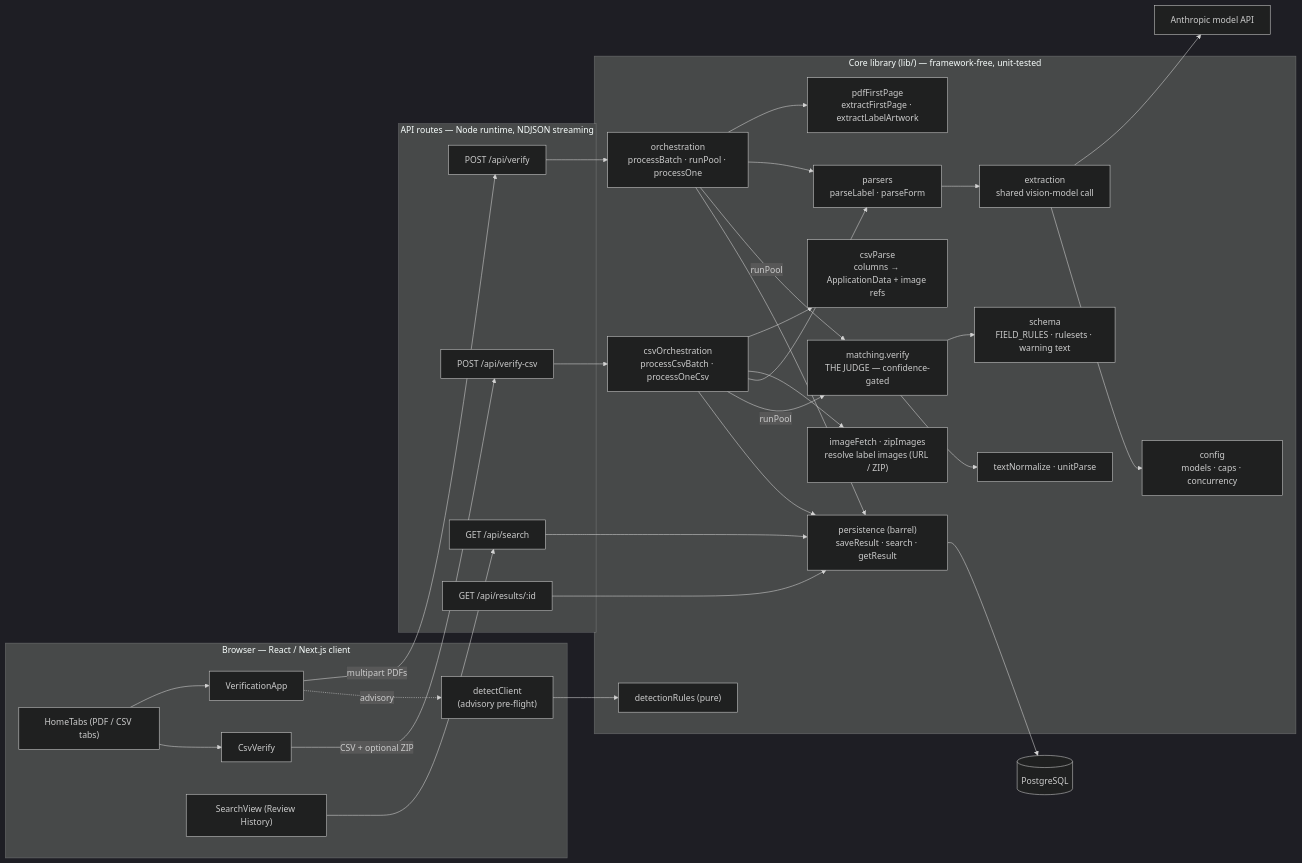
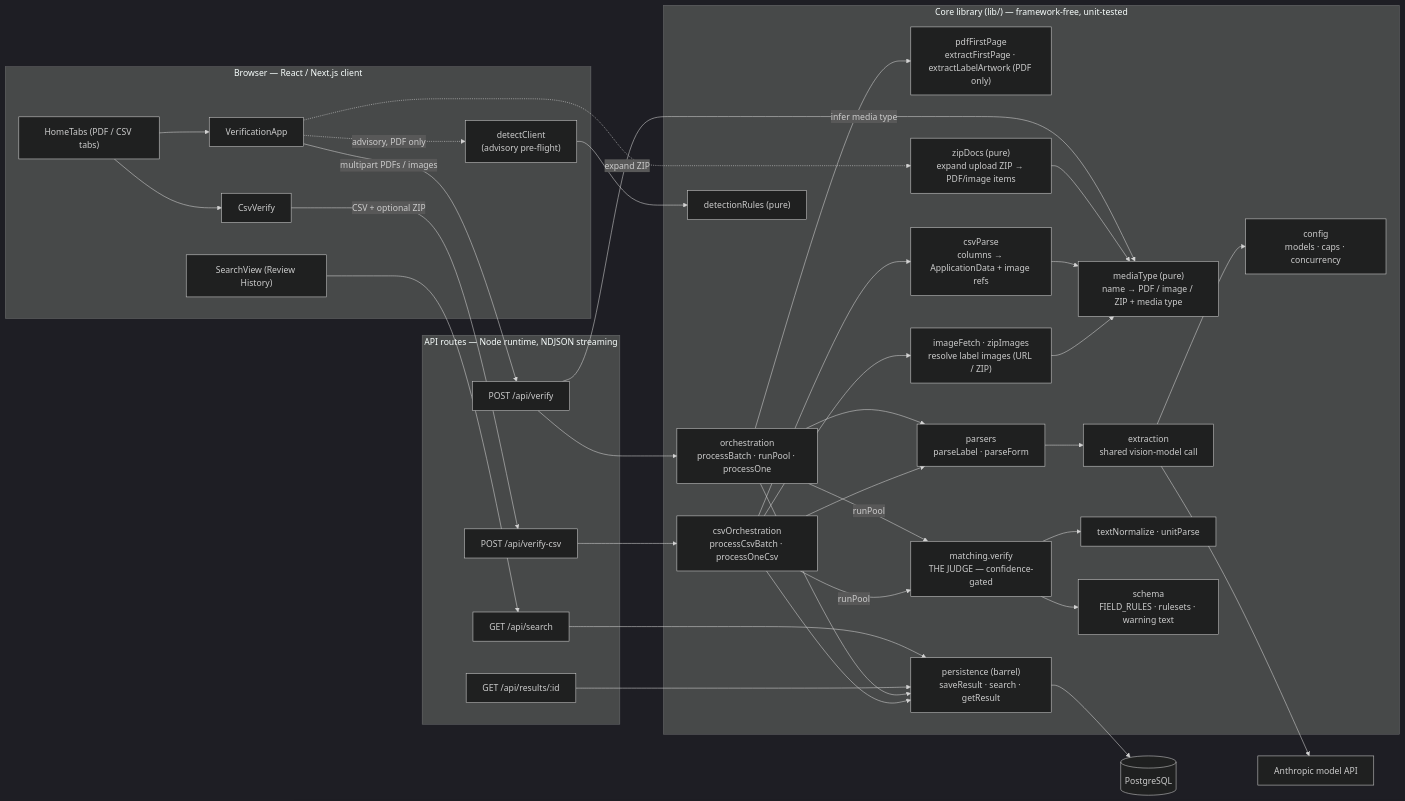
The second of 3 diagrams in docs/architecture.md (morganfry/ttb_labels), drawn with Mermaid (dark theme) before and after one commit. The commit also changed other lines of this file and 1 other file, not shown here.

First line of the commit message:
docs: reflect image uploads in README and architecture

````diff
--- a/docs/architecture.md
+++ b/docs/architecture.md
@@ -61,61 +64,68 @@
 ```mermaid
 %%{init: {'flowchart': {'rankSpacing': 50, 'nodeSpacing': 60}}}%%
 flowchart LR
     subgraph browser["Browser — React / Next.js client"]
         tabs["HomeTabs (PDF / CSV tabs)"]
         pdfui["VerificationApp"]
         csvui["CsvVerify"]
         search["SearchView (Review History)"]
         detect["detectClient<br/>(advisory pre-flight)"]
     end
 
     subgraph api["API routes — Node runtime, NDJSON streaming"]
         rverify["POST /api/verify"]
         rcsv["POST /api/verify-csv"]
         rsearch["GET /api/search"]
         rresult["GET /api/results/:id"]
     end
 
     subgraph core["Core library (lib/) — framework-free, unit-tested"]
         orch["orchestration<br/>processBatch · runPool · processOne"]
         csvorch["csvOrchestration<br/>processCsvBatch · processOneCsv"]
-        slice["pdfFirstPage<br/>extractFirstPage · extractLabelArtwork"]
+        slice["pdfFirstPage<br/>extractFirstPage · extractLabelArtwork (PDF only)"]
+        zipdocs["zipDocs (pure)<br/>expand upload ZIP → PDF/image items"]
+        mediatype["mediaType (pure)<br/>name → PDF / image / ZIP + media type"]
         csvparse["csvParse<br/>columns → ApplicationData + image refs"]
         imgs["imageFetch · zipImages<br/>resolve label images (URL / ZIP)"]
         parsers["parsers<br/>parseLabel · parseForm"]
         extraction["extraction<br/>shared vision-model call"]
         matching["matching.verify<br/>THE JUDGE — confidence-gated"]
         helpers["textNormalize · unitParse"]
         schema["schema<br/>FIELD_RULES · rulesets · warning text"]
         config["config<br/>models · caps · concurrency"]
         persistence["persistence (barrel)<br/>saveResult · search · getResult"]
         detrules["detectionRules (pure)"]
     end
 
     db[("PostgreSQL")]
     model["Anthropic model API"]
 
     tabs --> pdfui & csvui
-    pdfui -->|"multipart PDFs"| rverify
+    pdfui -->|"multipart PDFs / images"| rverify
     csvui -->|"CSV + optional ZIP"| rcsv
     search --> rsearch
-    pdfui -. advisory .-> detect
+    pdfui -. advisory, PDF only .-> detect
+    pdfui -. expand ZIP .-> zipdocs
     detect --> detrules
 
     rverify --> orch
+    rverify -->|"infer media type"| mediatype
     rcsv --> csvorch
     rsearch --> persistence
     rresult --> persistence
 
     orch --> slice & parsers
+    zipdocs --> mediatype
+    csvparse --> mediatype
+    imgs --> mediatype
     csvorch --> csvparse & imgs & parsers
     orch -->|"runPool"| matching
     csvorch -->|"runPool"| matching
     orch --> persistence
     csvorch --> persistence
 
     parsers --> extraction --> model
     extraction --> config
     matching --> schema & helpers
     persistence --> db
 ```
````
